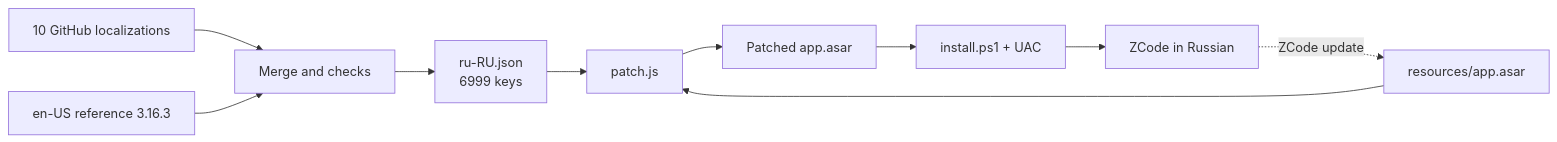
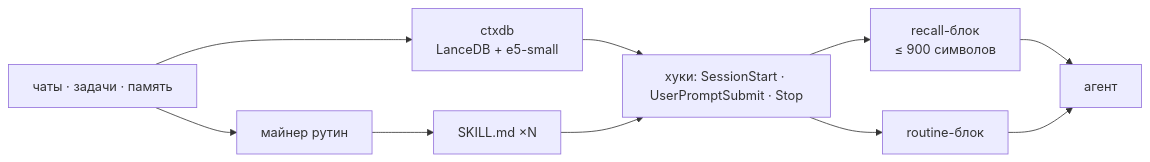
Before and after one commit to rukazax/z-code: the first of 2 diagrams in README.md, drawn with Mermaid. The commit also changed other lines of this file and 19 other files, not shown here.

Commit message:
feat: routine-miner + ctxdb-setup — каталог плагинов, страницы docs RU/EN, схемы

````diff
--- a/README.md
+++ b/README.md
@@ -173,12 +43,12 @@
 ```mermaid
 flowchart LR
-    S[10 GitHub localizations] --> M[Merge and checks]
-    R[en-US reference 3.16.3] --> M
-    M --> C[ru-RU.json<br/>6999 keys]
-    C --> P[patch.js]
-    I[resources/app.asar] --> P
-    P --> O[Patched app.asar]
-    O --> A[install.ps1 + UAC]
-    A --> Z[ZCode in Russian]
-    Z -.ZCode update.-> I
+    H["чаты · задачи · память"] --> C["ctxdb<br/>LanceDB + e5-small"]
+    C --> I["хуки: SessionStart · UserPromptSubmit · Stop"]
+    H --> M["майнер рутин"]
+    M --> S["SKILL.md ×N"]
+    S --> I
+    I --> R["recall-блок<br/>≤ 900 символов"]
+    I --> B["routine-блок"]
+    R --> A["агент"]
+    B --> A
 ```
````
